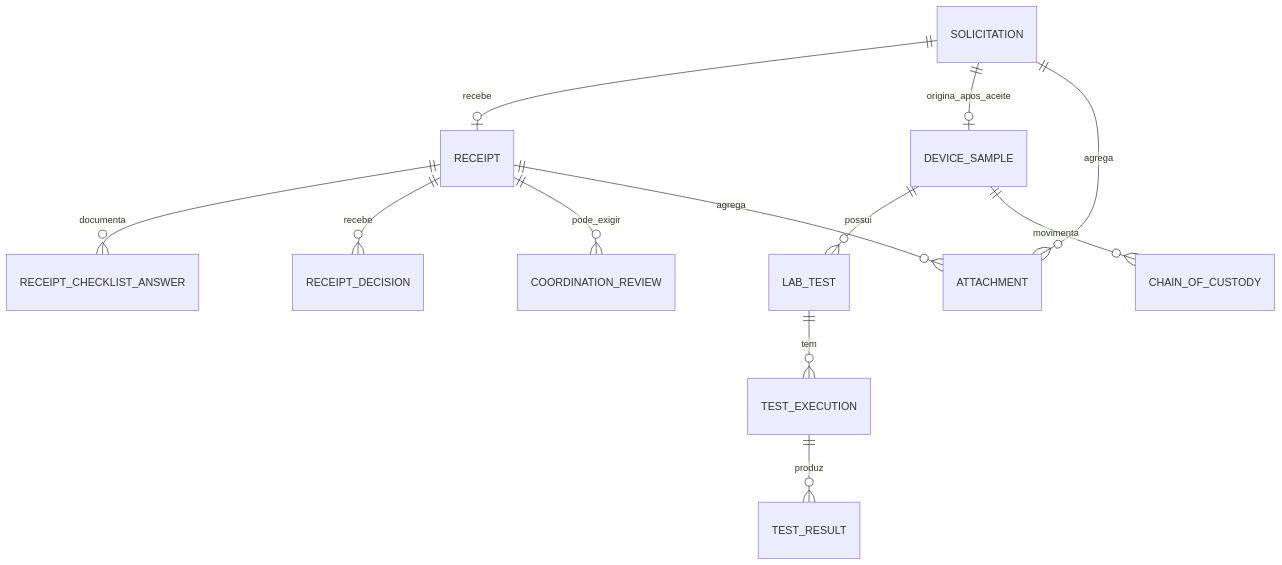
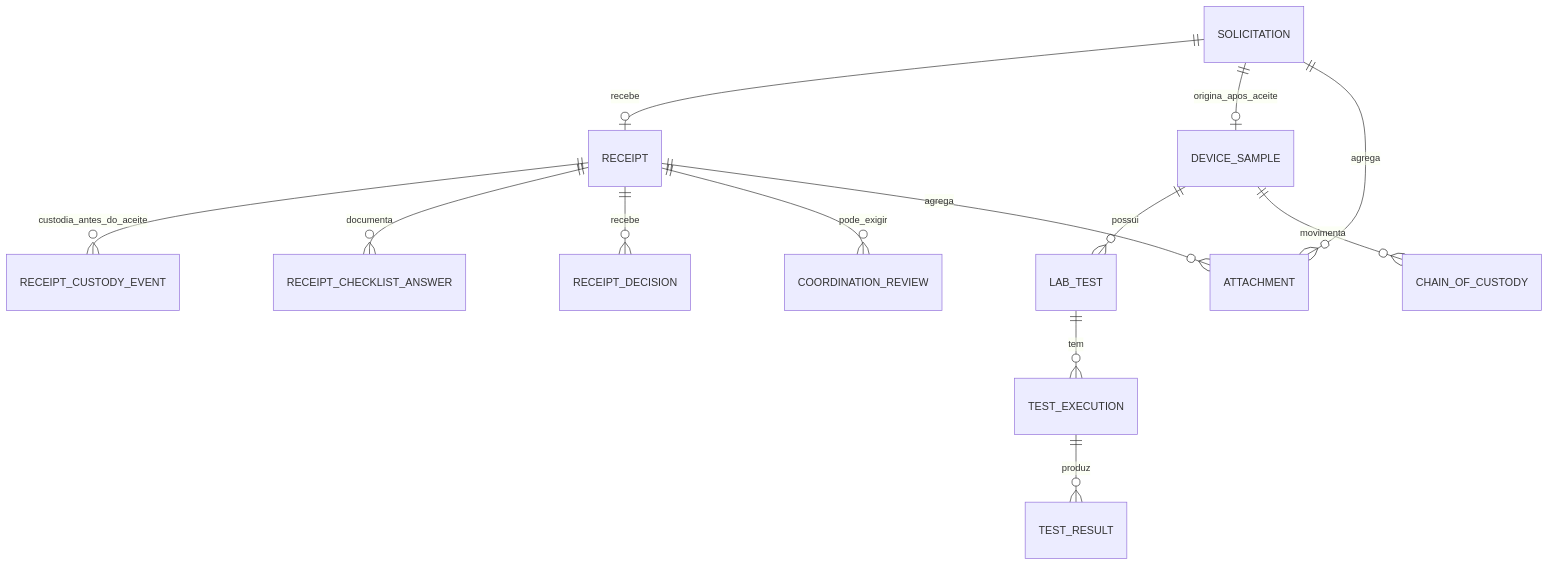
The diagram in docs/ETAPA_1_DESENHO_TECNICO_SOLICITACAO_RECEBIMENTO.md (keyzermoura/LIMS), drawn with Mermaid before and after one commit. The commit also changed other lines of this file, not shown here.

````diff
--- a/docs/ETAPA_1_DESENHO_TECNICO_SOLICITACAO_RECEBIMENTO.md
+++ b/docs/ETAPA_1_DESENHO_TECNICO_SOLICITACAO_RECEBIMENTO.md
@@ -533,14 +533,15 @@
 ```mermaid
 erDiagram
     SOLICITATION ||--o| RECEIPT : recebe
     SOLICITATION ||--o| DEVICE_SAMPLE : origina_apos_aceite
+    RECEIPT ||--o{ RECEIPT_CUSTODY_EVENT : custodia_antes_do_aceite
     DEVICE_SAMPLE ||--o{ LAB_TEST : possui
     LAB_TEST ||--o{ TEST_EXECUTION : tem
     TEST_EXECUTION ||--o{ TEST_RESULT : produz
     RECEIPT ||--o{ RECEIPT_CHECKLIST_ANSWER : documenta
     RECEIPT ||--o{ RECEIPT_DECISION : recebe
     RECEIPT ||--o{ COORDINATION_REVIEW : pode_exigir
     SOLICITATION ||--o{ ATTACHMENT : agrega
     RECEIPT ||--o{ ATTACHMENT : agrega
     DEVICE_SAMPLE ||--o{ CHAIN_OF_CUSTODY : movimenta
 ```
````
